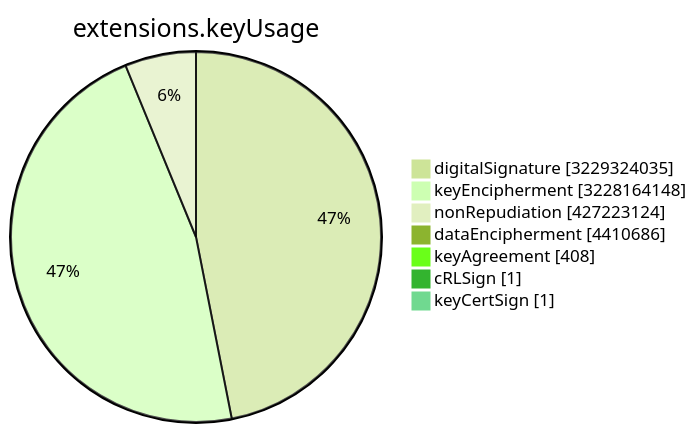
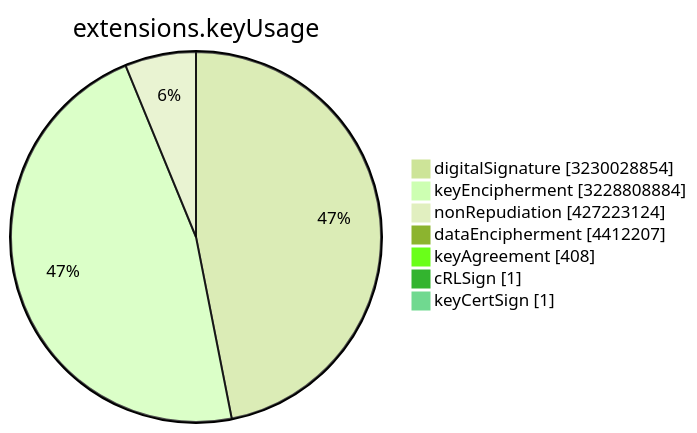
Before and after one commit to christiankrug/ctmonitor_visualization: the sixth of 15 diagrams in TOTAL/README.md, drawn with Mermaid (forest theme). The commit also changed other lines of this file, not shown here.

````diff
--- a/TOTAL/README.md
+++ b/TOTAL/README.md
@@ -3077,11 +3077,11 @@
 ```mermaid
 pie showData
 title extensions.keyUsage
-"digitalSignature" :3229324035
-"keyEncipherment" :3228164148
+"digitalSignature" :3230028854
+"keyEncipherment" :3228808884
 "nonRepudiation" :427223124
-"dataEncipherment" :4410686
+"dataEncipherment" :4412207
 "keyAgreement" :408
 "cRLSign" :1
 "keyCertSign" :1
 ```
````
